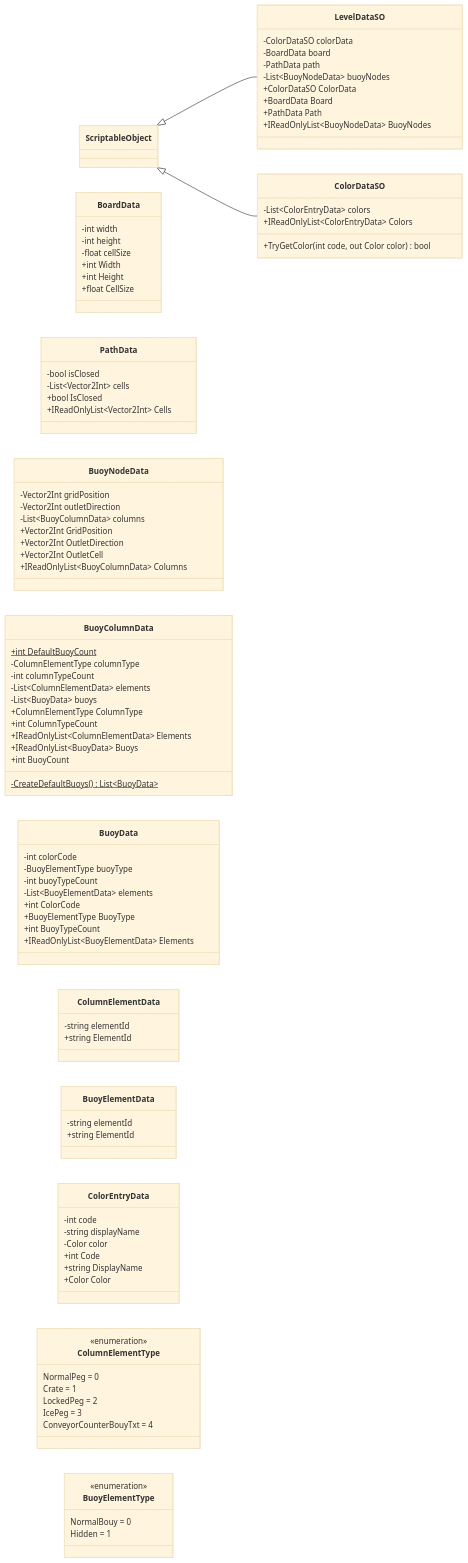
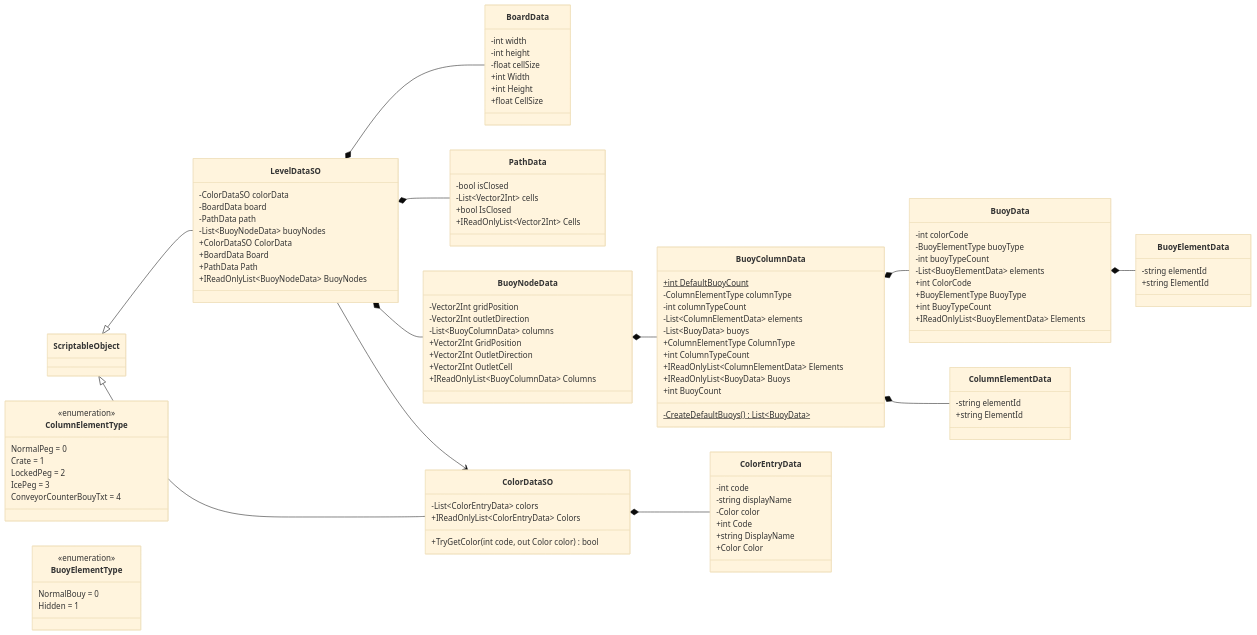
Before and after one commit to nchuoi2443/WaterConveyorSort: the sixth of 7 diagrams in Docs/ClassDiagram.md, drawn with Mermaid (base theme). The commit also changed other lines of this file and 25 other files, not shown here.

````diff
--- a/Docs/ClassDiagram.md
+++ b/Docs/ClassDiagram.md
@@ -951,4 +1050,13 @@
     NormalBouy = 0
     Hidden = 1
 }
+LevelDataSO *-- BoardData
+LevelDataSO *-- PathData
+LevelDataSO *-- BuoyNodeData
+LevelDataSO --> ColorDataSO
+BuoyNodeData *-- BuoyColumnData
+BuoyColumnData *-- BuoyData
+BuoyColumnData *-- ColumnElementData
+BuoyData *-- BuoyElementData
+ColorDataSO *-- ColorEntryData
 ```
````
